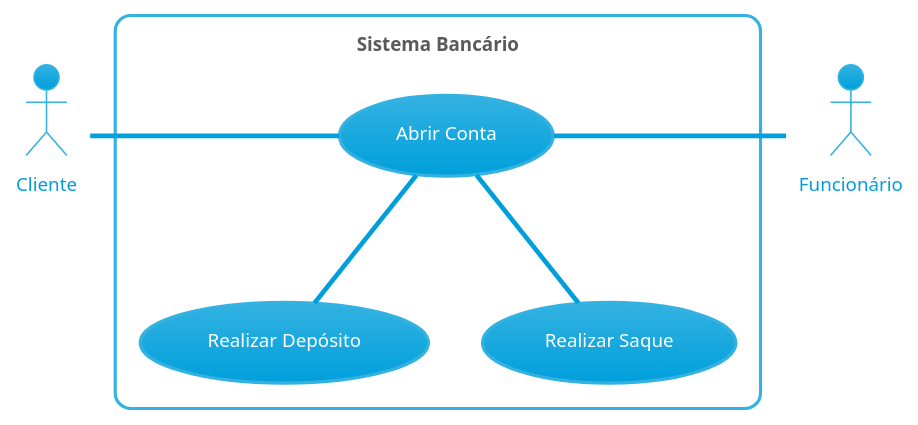
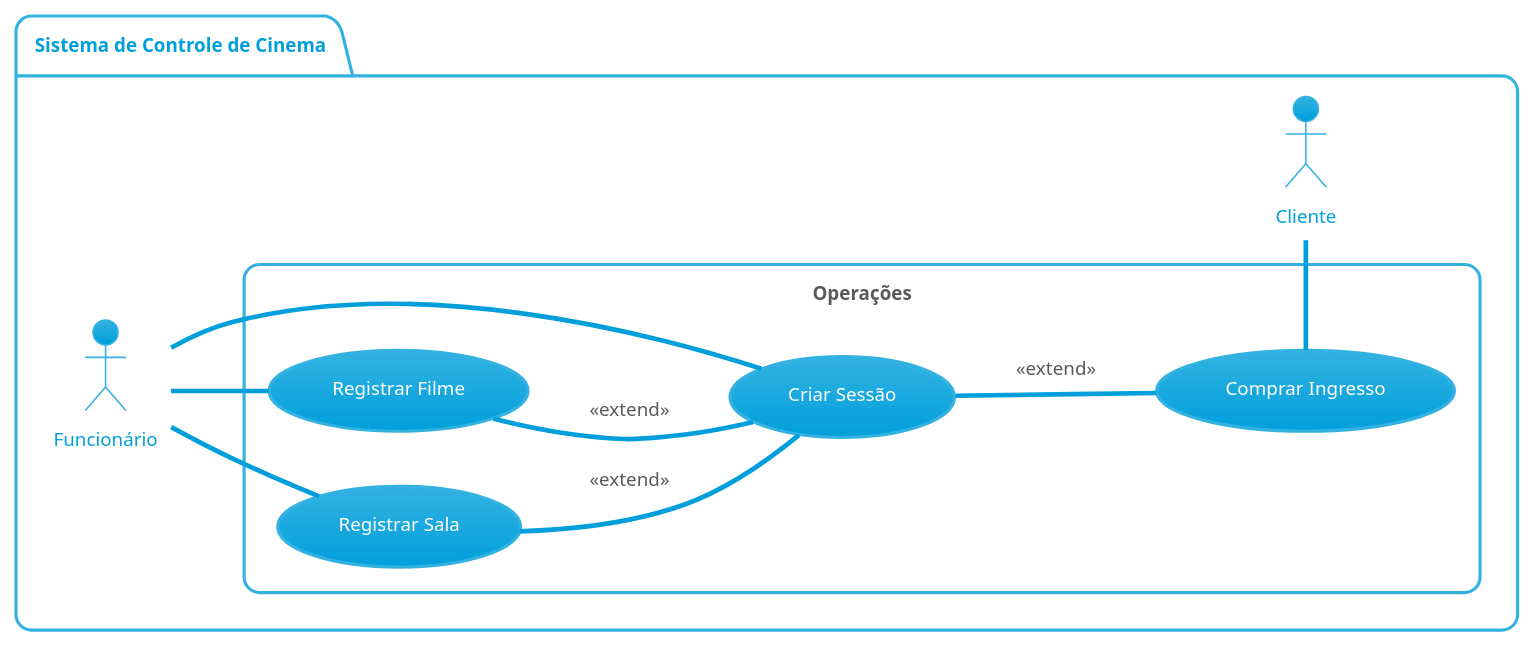
Before and after one commit to LeonardoVieiraGuimaraes/OrientacaoObjetos: the diagram in ModelagemCasoUso/FronteiraSistema.puml, drawn with PlantUML. The commit also changed 2 other files, not shown here.

Commit message:
Changes to be committed: 	modified:   ModelagemCasoUso/FronteiraSistema.puml 	new file:   ModelagemCasoUso/SistemaControleCinema.puml 	new file:   ModelagemCasoUso/inicio.puml

```diff
--- a/ModelagemCasoUso/FronteiraSistema.puml
+++ b/ModelagemCasoUso/FronteiraSistema.puml
@@ -1,20 +1,24 @@
-@startuml Banco
+@startuml Cinema
 !theme bluegray
-' left to right direction
+left to right direction
 
-actor "Cliente" as Cliente
-actor "Funcionário" as Funcionario
+package "Sistema de Controle de Cinema" {
+    actor "Cliente" as Cliente
+    actor "Funcionário" as Funcionario
 
-rectangle "Sistema Bancário" {
-    usecase "Abrir Conta" as AbrirConta
-    usecase "Realizar Depósito" as RealizarDeposito
-    usecase "Realizar Saque" as RealizarSaque
+    rectangle "Operações" {
+        usecase "Registrar Sala" as RegistrarSala
+        usecase "Registrar Filme" as RegistrarFilme
+        usecase "Criar Sessão" as CriarSessao
+        usecase "Comprar Ingresso" as ComprarIngresso
+    }
+
+    Cliente -left-- ComprarIngresso
+    Funcionario -- RegistrarSala
+    Funcionario -- RegistrarFilme
+    Funcionario -- CriarSessao
+    RegistrarSala -- CriarSessao : <<extend>>
+    RegistrarFilme -- CriarSessao : <<extend>>
+    CriarSessao -- ComprarIngresso : <<extend>>
 }
-AbrirConta -- RealizarDeposito
-AbrirConta -- RealizarSaque
-
-Cliente -right-- AbrirConta
-Funcionario -left-- AbrirConta
-
-
 @enduml
```
